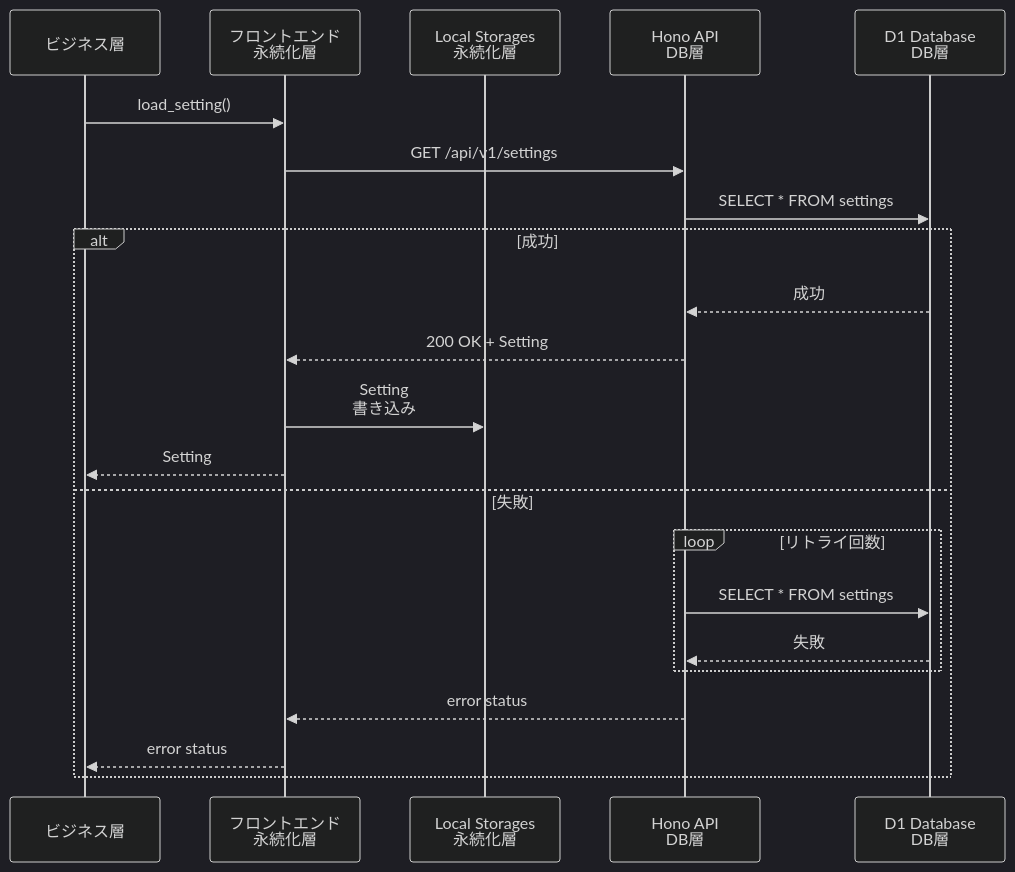
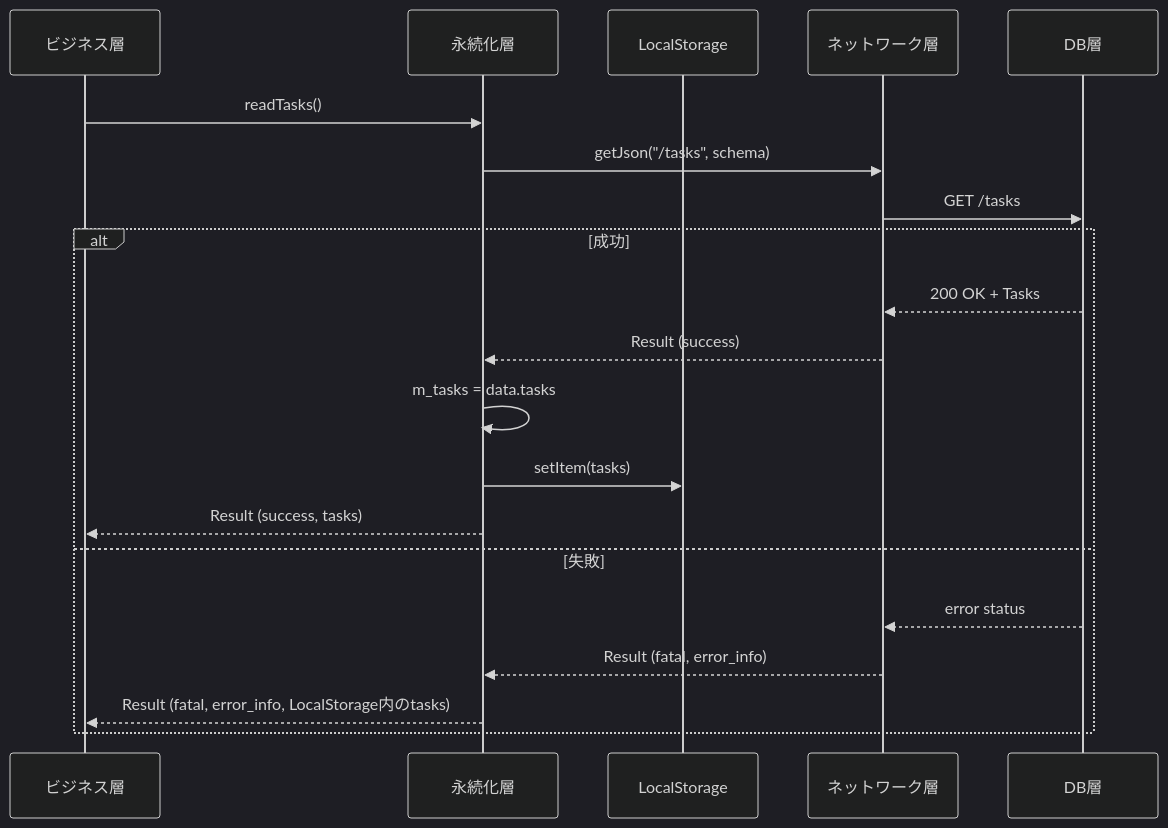
One commit to osawa-naotaka/vanishtodo changed the first of 4 diagrams in doc/06_02_PERSISTENT_SPEC.md. Above: the diagram before and after it, drawn with Mermaid (dark theme). The commit also changed other lines of this file and 2 other files, not shown here.

````diff
--- a/doc/06_02_PERSISTENT_SPEC.md
+++ b/doc/06_02_PERSISTENT_SPEC.md
@@ -122,26 +68,24 @@
 ```mermaid
 sequenceDiagram
     participant Business as ビジネス層
-    participant Front as フロントエンド<br>永続化層
-    participant Local as Local Storages<br>永続化層
-    participant API as Hono API<br>DB層
-    participant DB as D1 Database<br>DB層
-    
-    Business->>Front: load_setting()
+    participant Persistent as 永続化層
+    participant Local as LocalStorage
+    participant Network as ネットワーク層
+    participant DB as DB層
 
-    Front->>API: GET /api/v1/settings
-    API->>DB: SELECT * FROM settings
+    Business->>Persistent: readTasks()
+    Persistent->>Network: getJson("/tasks", schema)
+    Network->>DB: GET /tasks
+
     alt 成功
-        DB-->>API: 成功
-        API-->>Front: 200 OK + Setting
-        Front->>Local: Setting<br>書き込み
-        Front-->>Business: Setting
+        DB-->>Network: 200 OK + Tasks
+        Network-->>Persistent: Result (success)
+        Persistent->>Persistent: m_tasks = data.tasks
+        Persistent->>Local: setItem(tasks)
+        Persistent-->>Business: Result (success, tasks)
     else 失敗
-        loop リトライ回数
-            API->>DB: SELECT * FROM settings
-            DB-->>API: 失敗
-        end
-        API-->>Front: error status
-        Front-->>Business: error status
+        DB-->>Network: error status
+        Network-->>Persistent: Result (fatal, error_info)
+        Persistent-->>Business: Result (fatal, error_info, LocalStorage内のtasks)
     end
 ```
````
